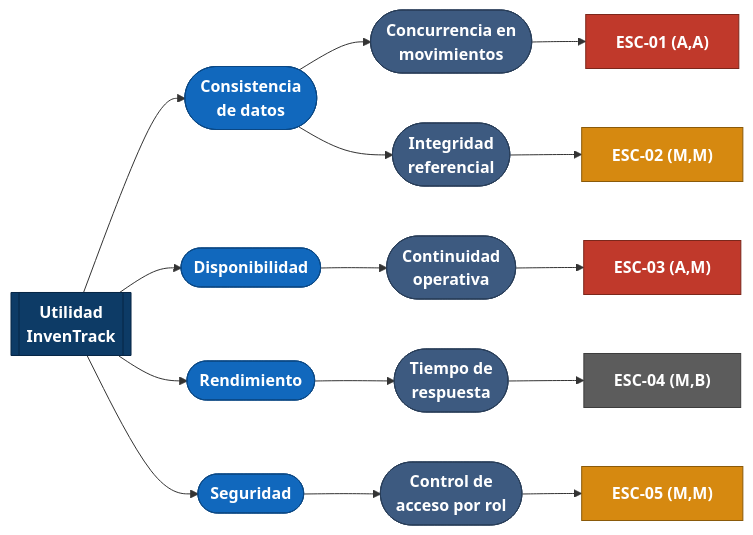
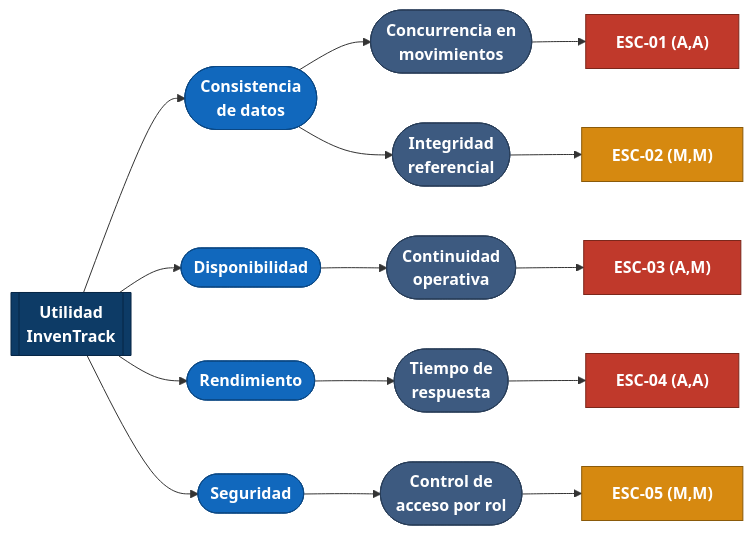
The diagram in docs/utility-tree.md (ISCOUTB/AS_202620_InvenTrack), drawn with Mermaid before and after one commit. The commit also changed other lines of this file, not shown here.

````diff
--- a/docs/utility-tree.md
+++ b/docs/utility-tree.md
@@ -42,35 +42,34 @@
 ```mermaid
 graph LR
     U[["Utilidad<br/>InvenTrack"]]
 
     U --> QA1(["Consistencia<br/>de datos"])
     U --> QA2(["Disponibilidad"])
     U --> QA3(["Rendimiento"])
     U --> QA4(["Seguridad"])
 
     QA1 --> R1(["Concurrencia en<br/>movimientos"])
     QA1 --> R2(["Integridad<br/>referencial"])
     QA2 --> R3(["Continuidad<br/>operativa"])
     QA3 --> R4(["Tiempo de<br/>respuesta"])
     QA4 --> R5(["Control de<br/>acceso por rol"])
 
     R1 --> S1["ESC-01 (A,A)"]
     R2 --> S2["ESC-02 (M,M)"]
     R3 --> S3["ESC-03 (A,M)"]
-    R4 --> S4["ESC-04 (M,B)"]
+    R4 --> S4["ESC-04 (A,A)"]
     R5 --> S5["ESC-05 (M,M)"]
 
     classDef root fill:#0d3b66,stroke:#082746,color:#ffffff,font-weight:bold
     classDef attr fill:#1168bd,stroke:#0b4884,color:#ffffff,font-weight:bold
     classDef refine fill:#3d5a80,stroke:#293e59,color:#ffffff
     classDef high fill:#c0392b,stroke:#7b271b,color:#ffffff,font-weight:bold
     classDef mid fill:#d68910,stroke:#8a5a0a,color:#ffffff,font-weight:bold
     classDef low fill:#5c5c5c,stroke:#3d3d3d,color:#ffffff,font-weight:bold
 
     class U root
     class QA1,QA2,QA3,QA4 attr
     class R1,R2,R3,R4,R5 refine
-    class S1,S3 high
+    class S1,S4,S3 high
     class S2,S5 mid
-    class S4 low
 ```
````
